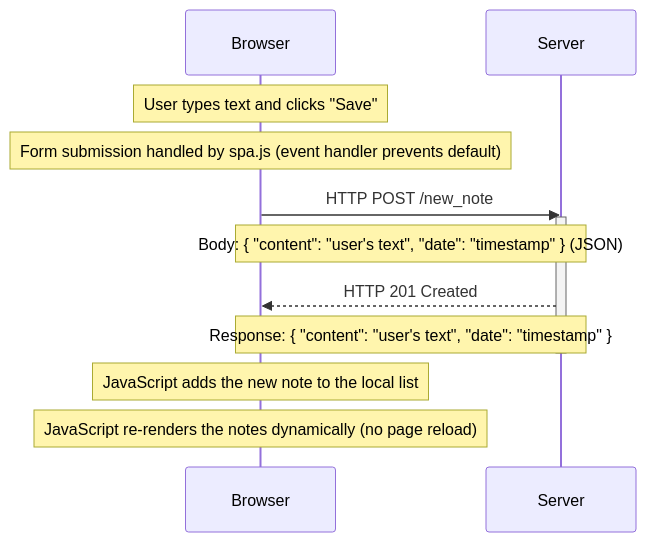
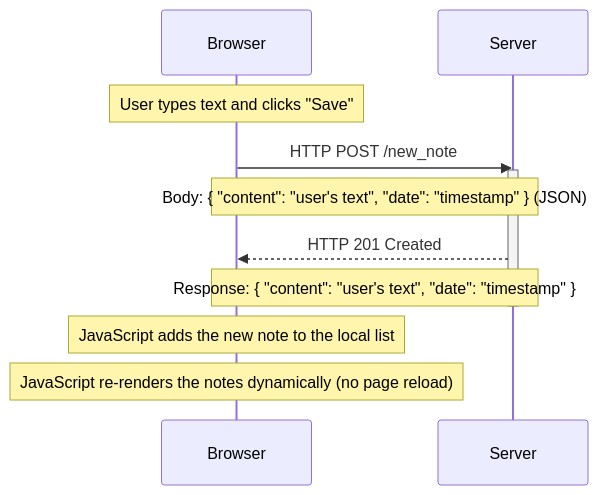
The diagram in excercises/part0/ex0.6.md (mdsahilak/FullStackOpen-Course), drawn with Mermaid before and after one commit.

Commit message:
tiny fixes

````diff
--- a/excercises/part0/ex0.6.md
+++ b/excercises/part0/ex0.6.md
@@ -1,19 +1,19 @@
 ```mermaid
 sequenceDiagram
-    participant b as Browser
-    participant s as Server
+    participant Browser
+    participant Server
 
-    Note over b: User types text and clicks "Save"
-    Note over b: Form submission handled by spa.js (event handler prevents default)
+    Note over Browser: User types text and clicks "Save"
 
-    b->>s: HTTP POST /new_note
-    activate s
-    Note over b,s: Body: { "content": "user's text", "date": "timestamp" } (JSON)
-    s-->>b: HTTP 201 Created
-    Note over b,s: Response: { "content": "user's text", "date": "timestamp" }
-    deactivate s
+    Browser->>Server: HTTP POST /new_note
+    activate Server
+    Note over Browser,Server: Body: { "content": "user's text", "date": "timestamp" } (JSON)
+    
+    Server-->>Browser: HTTP 201 Created
+    Note over Browser,Server: Response: { "content": "user's text", "date": "timestamp" }
+    deactivate Server
 
-    Note over b: JavaScript adds the new note to the local list
+    Note over Browser: JavaScript adds the new note to the local list
 
-    Note over b: JavaScript re-renders the notes dynamically (no page reload)
+    Note over Browser: JavaScript re-renders the notes dynamically (no page reload)
 ```
````
